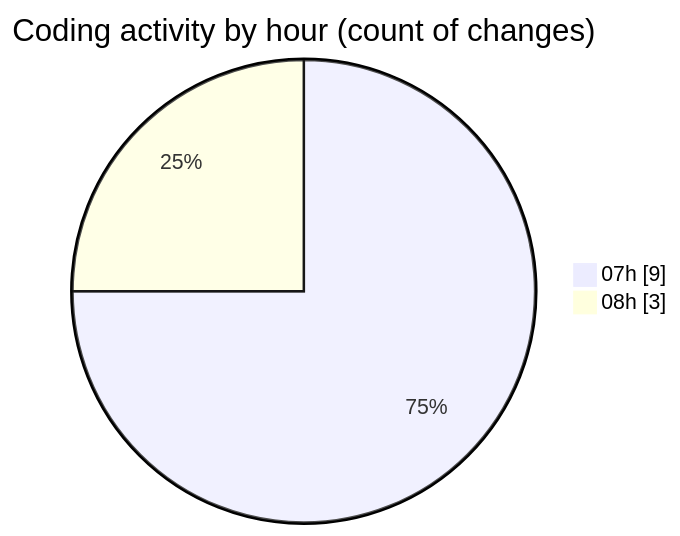
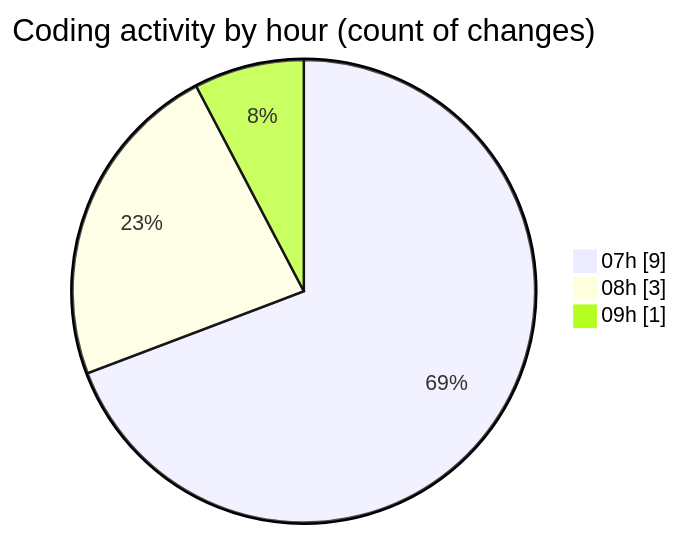
Before and after one commit to LanceThiago/code-tracking: the second of 2 diagrams in 2026-09-01/web/README.md, drawn with Mermaid. The commit also changed other lines of this file and 1 other file, not shown here.

````diff
--- a/2026-09-01/web/README.md
+++ b/2026-09-01/web/README.md
@@ -31,6 +32,7 @@
 ```mermaid
 pie showData
 title Coding activity by hour (count of changes)
 "07h" : 9
 "08h" : 3
+"09h" : 1
 ```
````
